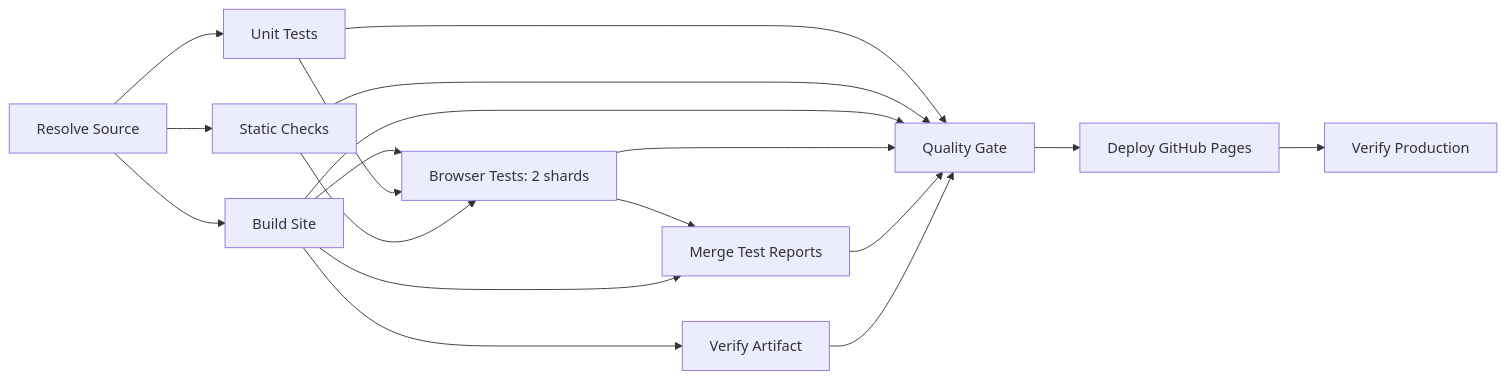
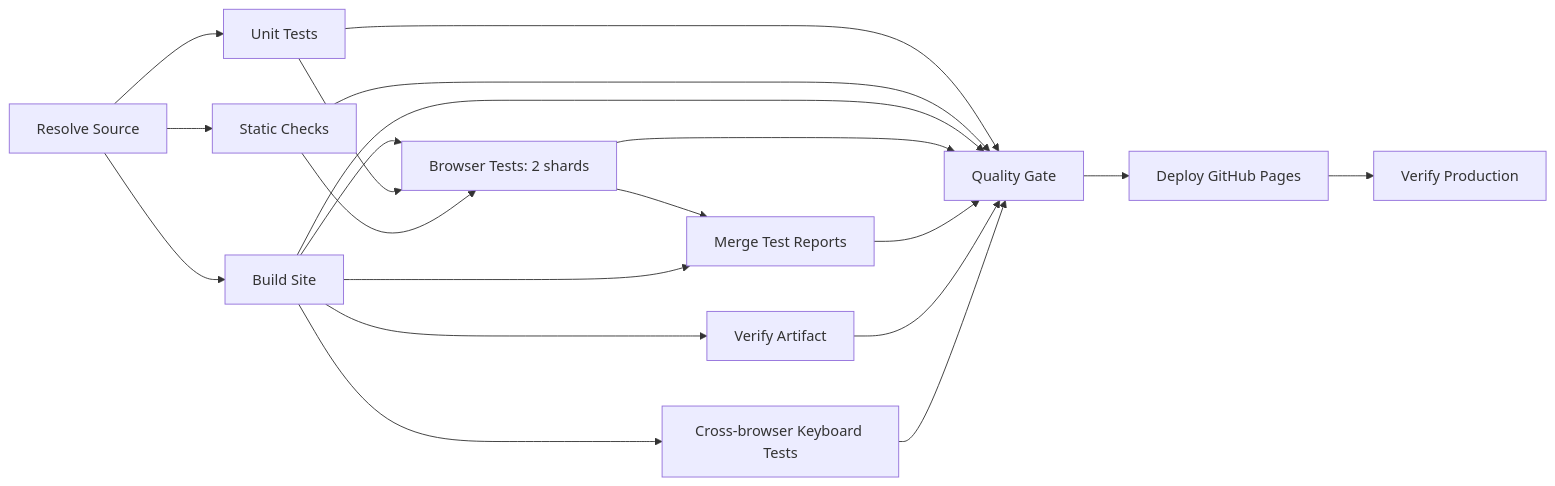
One commit to ferhattufekci/ferhattufekci.github.io changed the diagram in docs/CI-CD.md. Above: the diagram before and after it, drawn with Mermaid. The commit also changed other lines of this file, not shown here.

Commit message:
docs: describe mandatory cross-browser and deployed keyboard verification

````diff
--- a/docs/CI-CD.md
+++ b/docs/CI-CD.md
@@ -7,20 +7,22 @@
 ```mermaid
 flowchart LR
   S[Resolve Source] --> U[Unit Tests]
   S --> C[Static Checks]
   S --> B[Build Site]
   B --> V[Verify Artifact]
   B --> T[Browser Tests: 2 shards]
+  B --> K[Cross-browser Keyboard Tests]
   U --> T
   C --> T
   T --> M[Merge Test Reports]
   B --> M
   U --> G[Quality Gate]
   C --> G
   B --> G
   T --> G
   M --> G
   V --> G
+  K --> G
   G --> D[Deploy GitHub Pages]
   D --> P[Verify Production]
 ```
````
